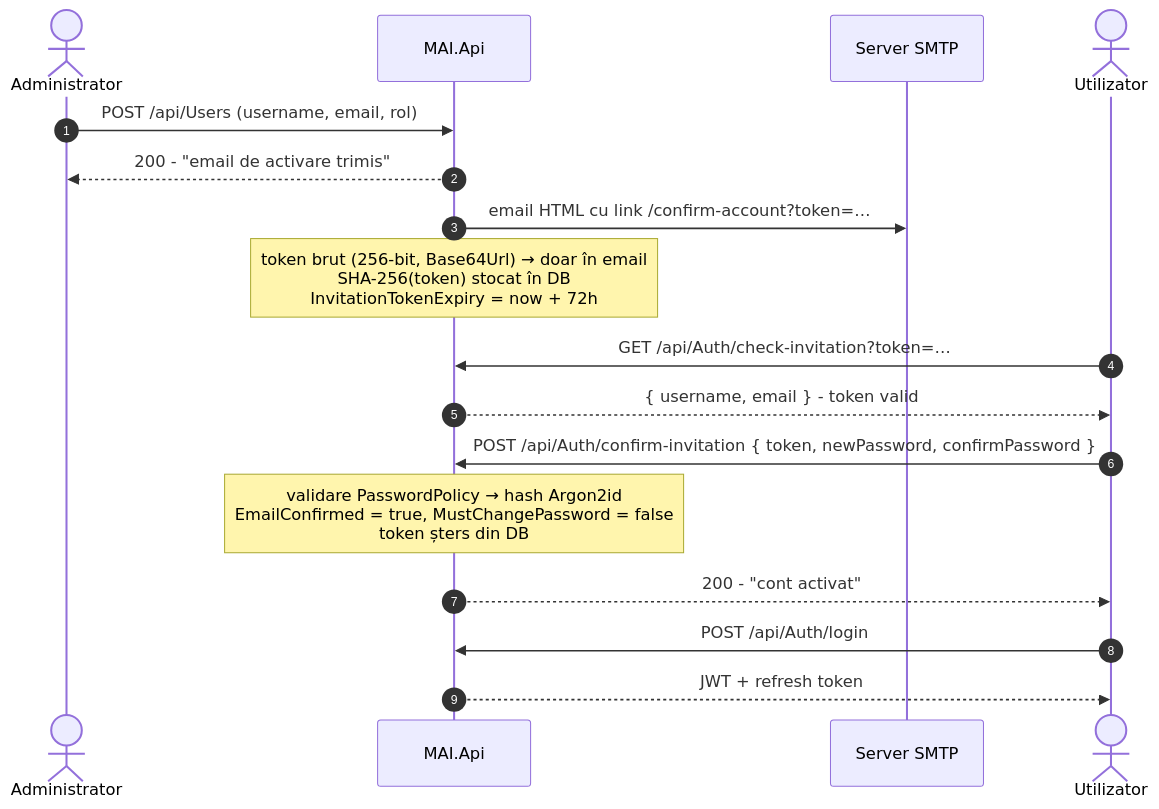
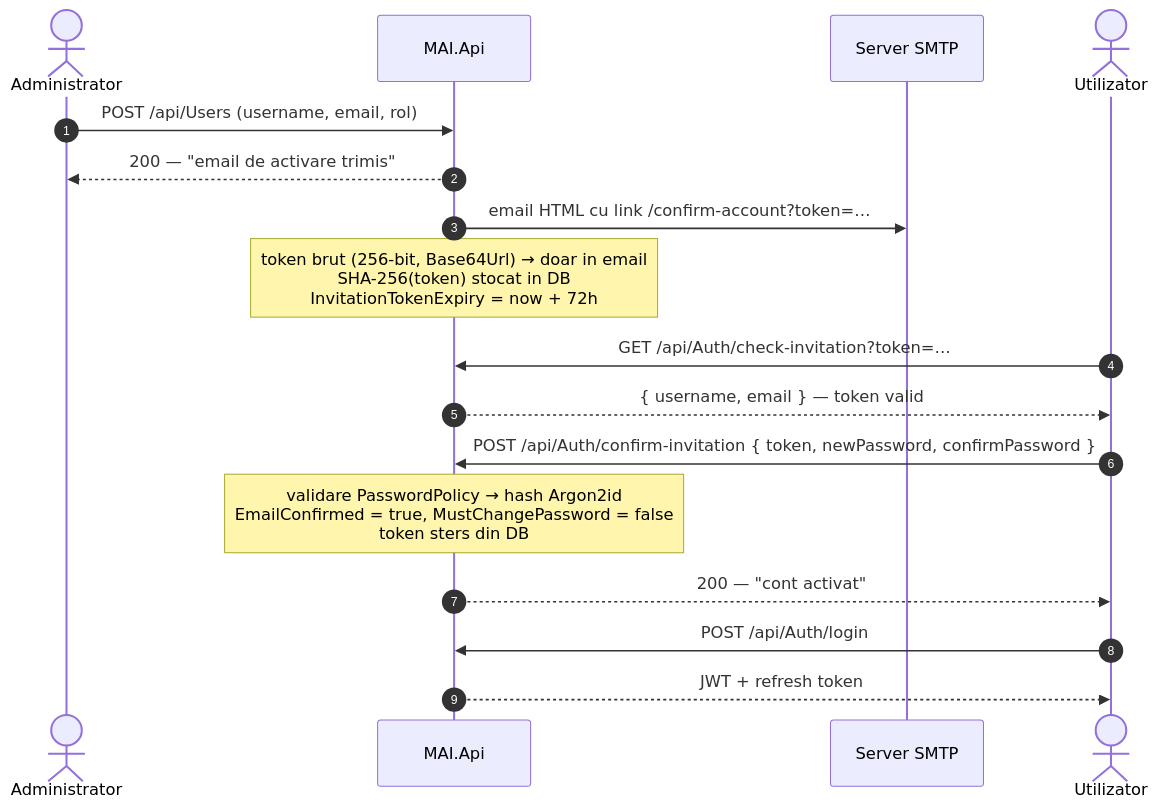
The fifth of 5 diagrams in README.md (Danielus-hehe/mai-secure-platform), drawn with Mermaid before and after one commit. The commit also changed other lines of this file and 3 other files, not shown here.

````diff
--- a/README.md
+++ b/README.md
@@ -315,23 +322,23 @@
 ```mermaid
 sequenceDiagram
     autonumber
     actor ADM as Administrator
     participant API as MAI.Api
     participant SMTP as Server SMTP
     actor USR as Utilizator
 
     ADM->>API: POST /api/Users (username, email, rol)
-    API-->>ADM: 200 - "email de activare trimis"
+    API-->>ADM: 200 — "email de activare trimis"
     API->>SMTP: email HTML cu link /confirm-account?token=…
-    Note over API: token brut (256-bit, Base64Url) → doar în email<br/>SHA-256(token) stocat în DB<br/>InvitationTokenExpiry = now + 72h
+    Note over API: token brut (256-bit, Base64Url) → doar in email<br/>SHA-256(token) stocat in DB<br/>InvitationTokenExpiry = now + 72h
 
     USR->>API: GET /api/Auth/check-invitation?token=…
-    API-->>USR: { username, email } - token valid
+    API-->>USR: { username, email } — token valid
 
     USR->>API: POST /api/Auth/confirm-invitation { token, newPassword, confirmPassword }
-    Note over API: validare PasswordPolicy → hash Argon2id<br/>EmailConfirmed = true, MustChangePassword = false<br/>token șters din DB
-    API-->>USR: 200 - "cont activat"
+    Note over API: validare PasswordPolicy → hash Argon2id<br/>EmailConfirmed = true, MustChangePassword = false<br/>token sters din DB
+    API-->>USR: 200 — "cont activat"
 
     USR->>API: POST /api/Auth/login
     API-->>USR: JWT + refresh token
 ```
````
